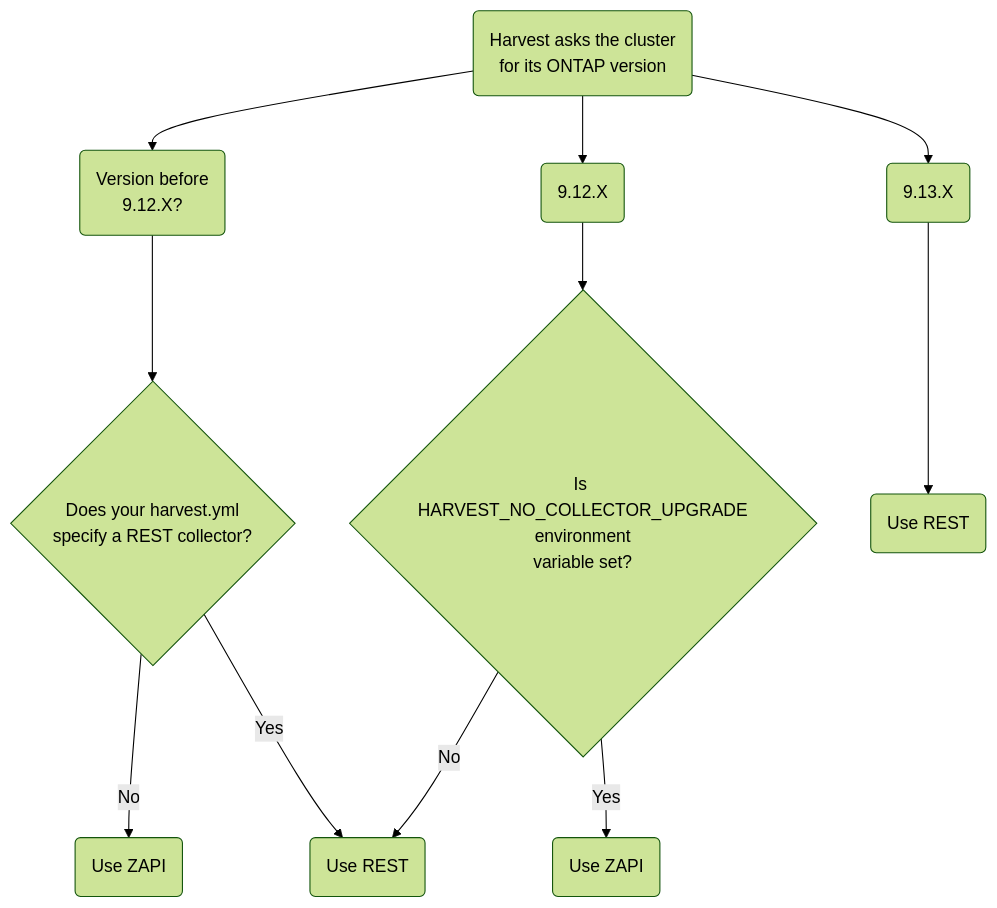
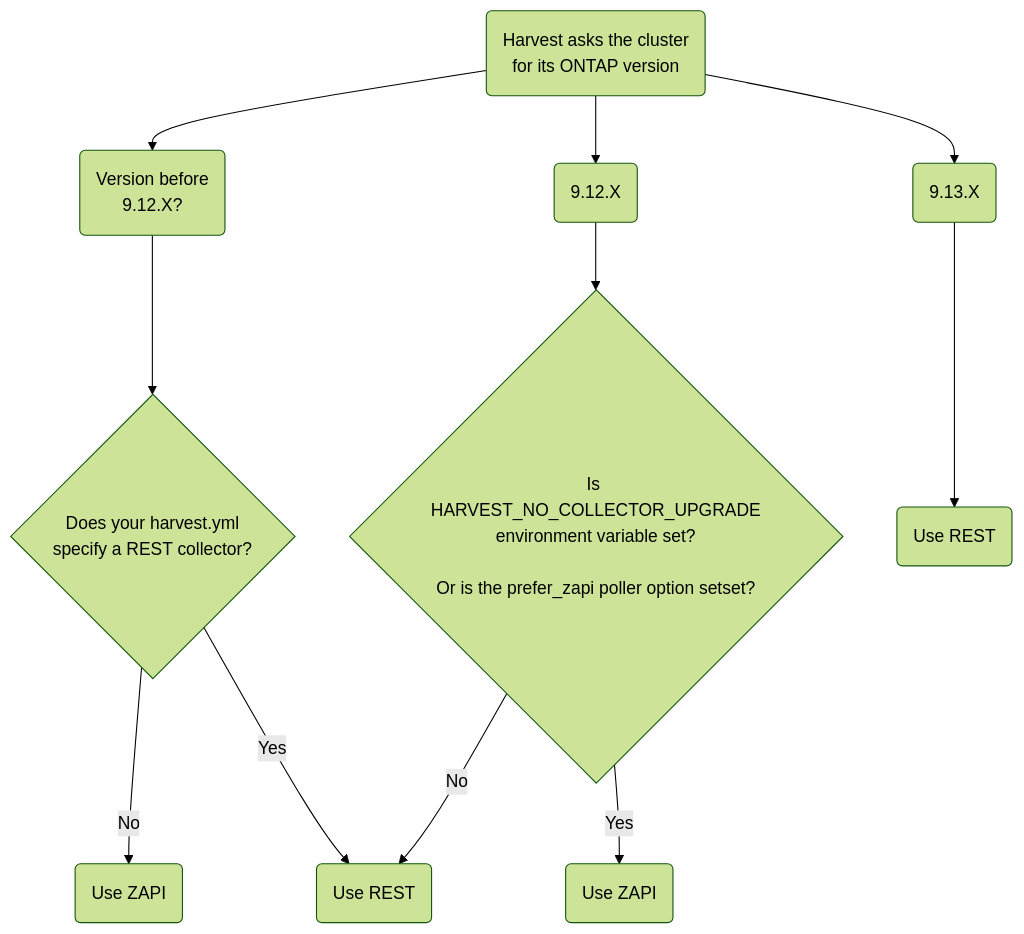
One commit to NetApp/harvest changed the diagram in docs/architecture/rest-strategy.md. Above: the diagram before and after it, drawn with Mermaid (forest theme). The commit also changed other lines of this file, not shown here.

Commit message:
docs: mention prefer_zapi in REST strategy docs

````diff
--- a/docs/architecture/rest-strategy.md
+++ b/docs/architecture/rest-strategy.md
@@ -37,16 +38,16 @@
 ```mermaid
 graph TD
 A(Harvest asks the cluster<br>for its ONTAP version) --> B(Version before<br>9.12.X?)
 A --> C(9.12.X)
 A --> D(9.13.X)
 
 B --> AA{Does your harvest.yml<br>specify a REST collector?}
 AA -->|No| F(Use ZAPI) 
 AA -->|Yes|G(Use REST)
 
-C --> CC{Is HARVEST_NO_COLLECTOR_UPGRADE<br>environment<br>variable set?}
+C --> CC{Is HARVEST_NO_COLLECTOR_UPGRADE<br>environment variable set?<br><br>Or is the prefer_zapi poller option setset?}
 CC --> |No| G
 CC --> |Yes|CZ(Use ZAPI) 
 
 D --> X(Use REST)
 ```
````
